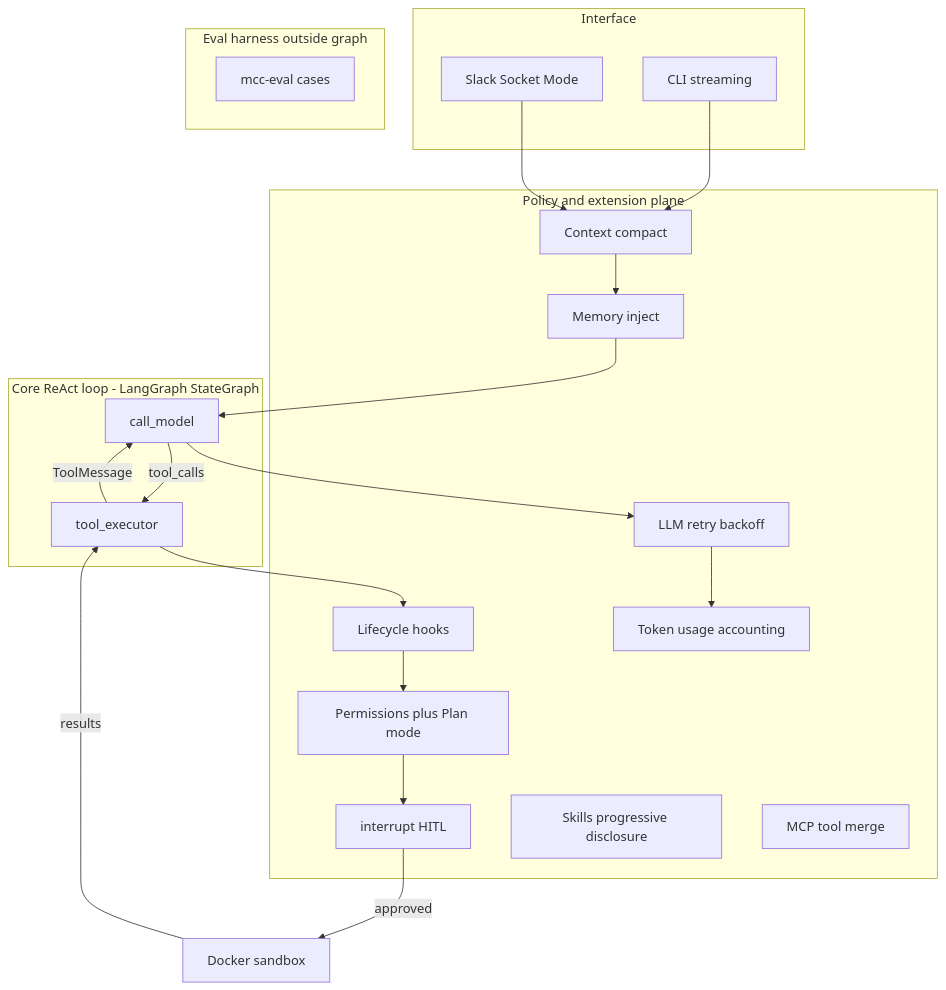
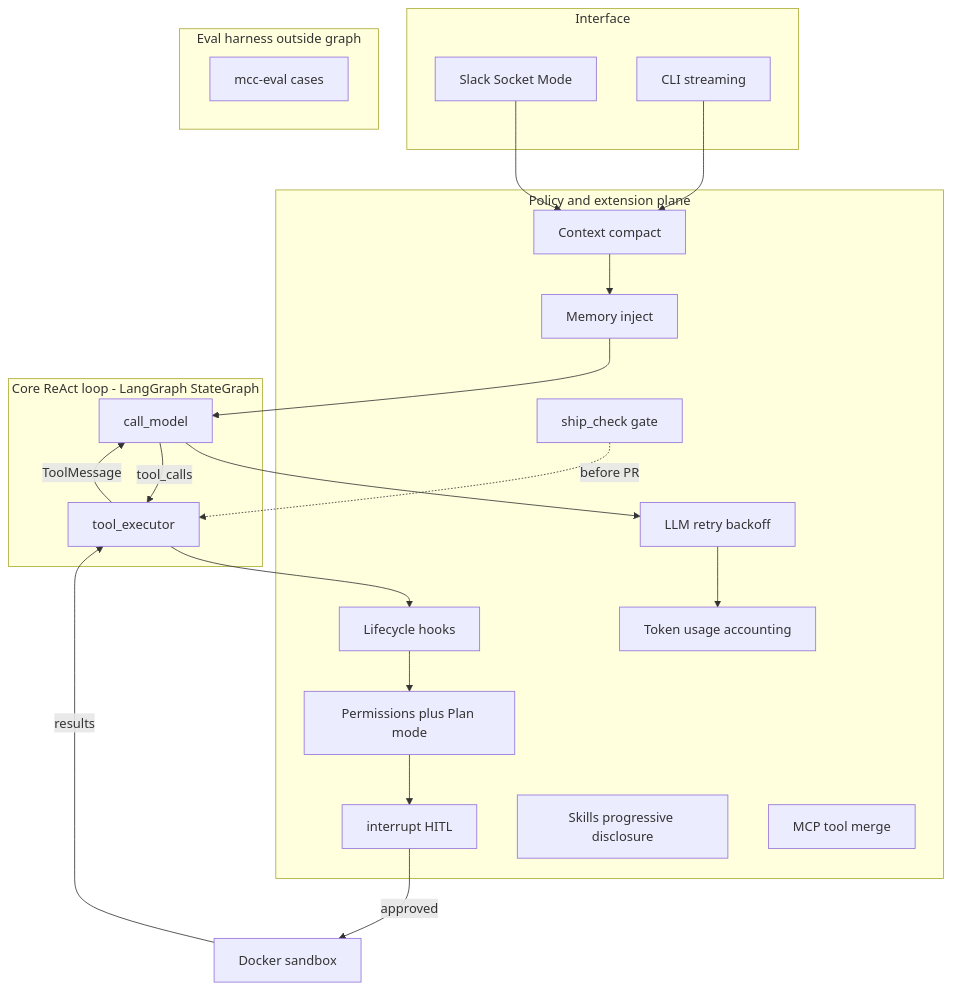
The second of 2 diagrams in docs/architecture.md (CharlotteYW/mini-claude-code), drawn with Mermaid before and after one commit. The commit also changed other lines of this file and 13 other files, not shown here.

First line of the commit message:
Ship M19 pre-ship quality gate with ship_check and PR gating.

````diff
--- a/docs/architecture.md
+++ b/docs/architecture.md
@@ -48,38 +47,40 @@
 ```mermaid
 flowchart TB
   subgraph ui [Interface]
     CLI[CLI streaming]
     Slack[Slack Socket Mode]
   end
   subgraph core [Core ReAct loop - LangGraph StateGraph]
     Model[call_model]
     Tools[tool_executor]
     Model -->|tool_calls| Tools
     Tools -->|ToolMessage| Model
   end
   subgraph plane [Policy and extension plane]
     Perm[Permissions plus Plan mode]
     HITL[interrupt HITL]
     Hooks[Lifecycle hooks]
     Skills[Skills progressive disclosure]
     MCP[MCP tool merge]
     Compact[Context compact]
     Memory[Memory inject]
     Retry[LLM retry backoff]
     Usage[Token usage accounting]
+    Ship[ship_check gate]
   end
   subgraph eval [Eval harness outside graph]
     EvalRunner[mcc-eval cases]
   end
   CLI --> Compact
   Slack --> Compact
   Compact --> Memory
   Memory --> Model
   Model --> Retry
   Retry --> Usage
   Tools --> Hooks
   Hooks --> Perm
   Perm --> HITL
   HITL -->|approved| Sandbox[Docker sandbox]
   Sandbox -->|results| Tools
+  Ship -.->|before PR| Tools
 ```
````
